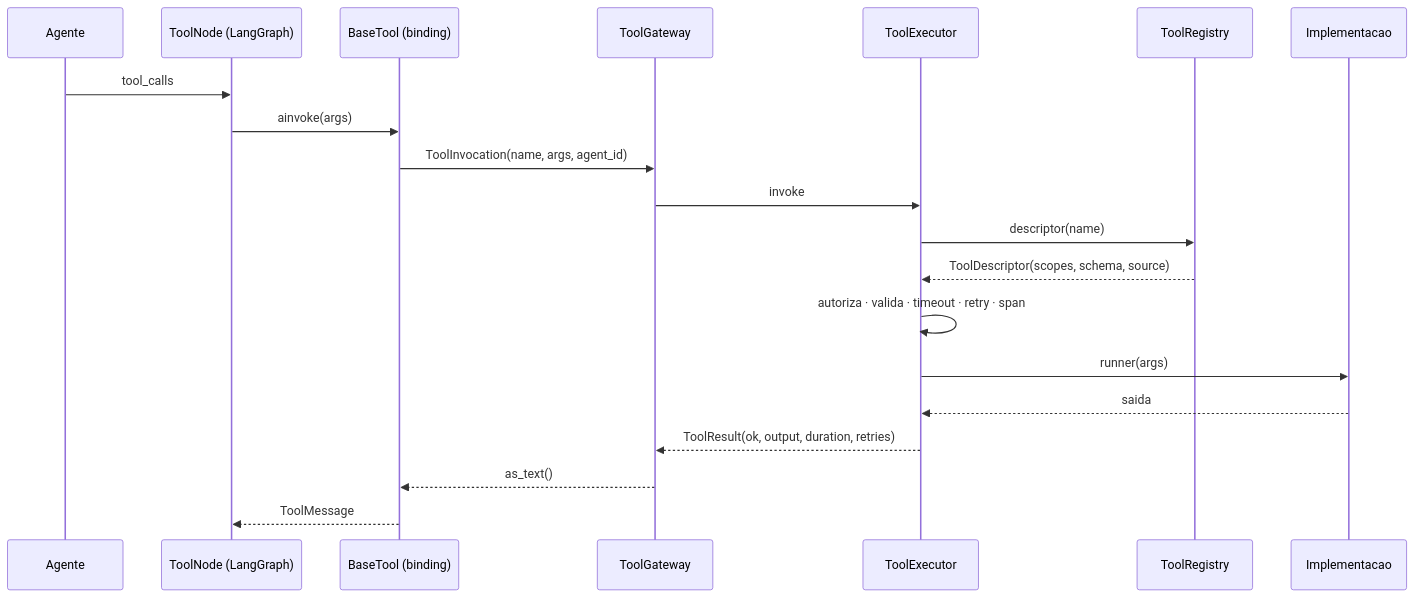
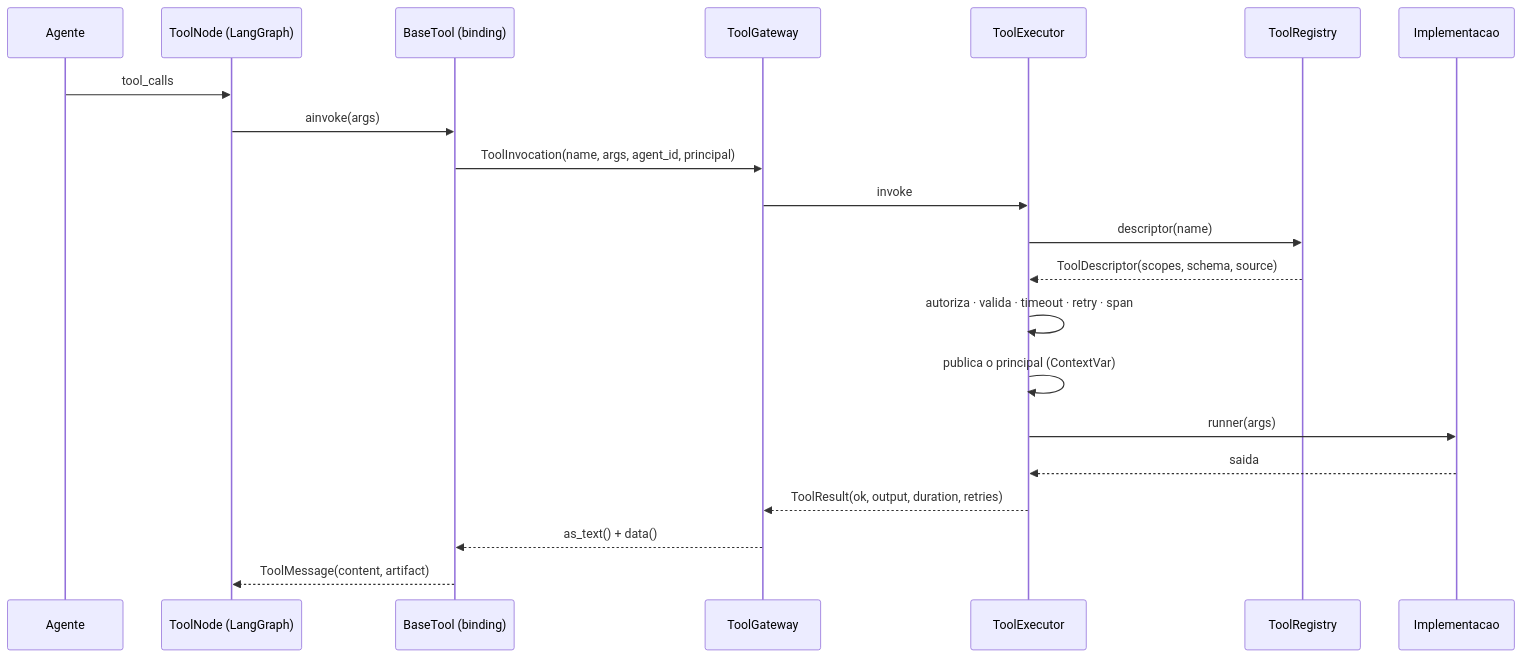
One commit to m4n1nh0/assistant_app changed the third of 3 diagrams in docs/arquitetura/agentes.md. Above: the diagram before and after it, drawn with Mermaid. The commit also changed other lines of this file and 39 other files, not shown here.

````diff
--- a/docs/arquitetura/agentes.md
+++ b/docs/arquitetura/agentes.md
@@ -308,23 +308,24 @@
 ```mermaid
 sequenceDiagram
     participant A as Agente
     participant N as ToolNode (LangGraph)
     participant B as BaseTool (binding)
     participant G as ToolGateway
     participant E as ToolExecutor
     participant R as ToolRegistry
     participant I as Implementacao
 
     A->>N: tool_calls
     N->>B: ainvoke(args)
-    B->>G: ToolInvocation(name, args, agent_id)
+    B->>G: ToolInvocation(name, args, agent_id, principal)
     G->>E: invoke
     E->>R: descriptor(name)
     R-->>E: ToolDescriptor(scopes, schema, source)
     E->>E: autoriza · valida · timeout · retry · span
+    E->>E: publica o principal (ContextVar)
     E->>I: runner(args)
     I-->>E: saida
     E-->>G: ToolResult(ok, output, duration, retries)
-    G-->>B: as_text()
-    B-->>N: ToolMessage
+    G-->>B: as_text() + data()
+    B-->>N: ToolMessage(content, artifact)
 ```
````
